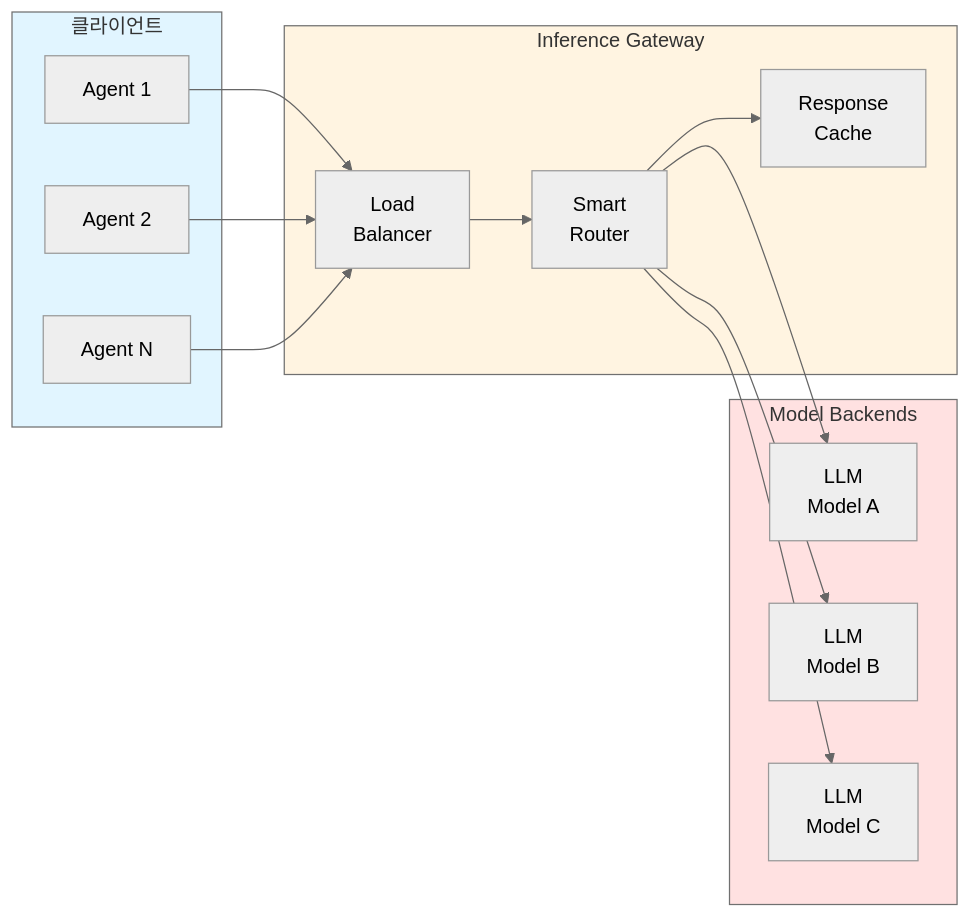
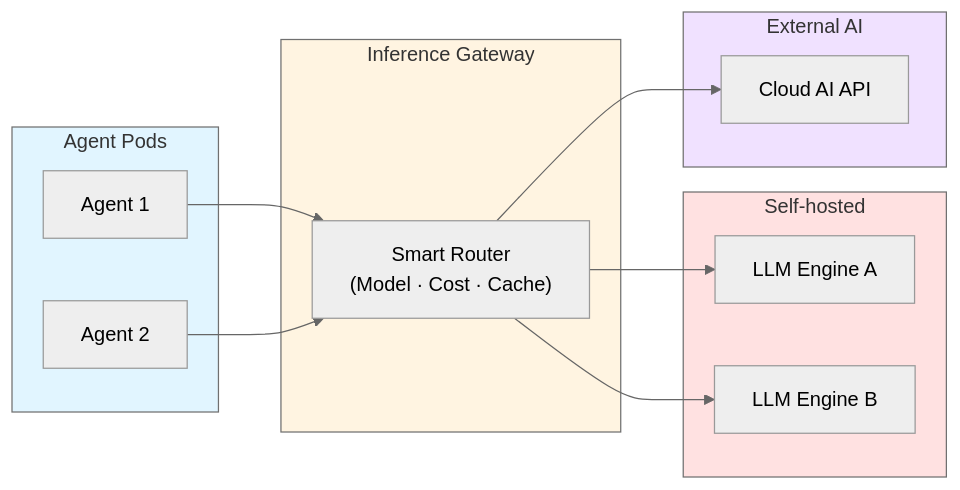
Before and after one commit to devfloor9/engineering-playbook: the third of 5 diagrams in docs/agentic-ai-platform/design-architecture/agentic-platform-architecture.md, drawn with Mermaid (neutral theme). The commit also changed other lines of this file, not shown here.

````diff
--- a/docs/agentic-ai-platform/design-architecture/agentic-platform-architecture.md
+++ b/docs/agentic-ai-platform/design-architecture/agentic-platform-architecture.md
@@ -230,33 +171,30 @@
 ```mermaid
 flowchart LR
-    subgraph Clients["클라이언트"]
-        C1["Agent 1"]
-        C2["Agent 2"]
-        C3["Agent N"]
+    subgraph Clients["Agent Pods"]
+        A1["Agent 1"]
+        A2["Agent 2"]
     end
 
     subgraph Gateway["Inference Gateway"]
-        LB["Load<br/>Balancer"]
-        ROUTER["Smart<br/>Router"]
-        CACHE["Response<br/>Cache"]
+        ROUTER["Smart Router<br/>(Model · Cost · Cache)"]
     end
 
-    subgraph Models["Model Backends"]
-        M1["LLM<br/>Model A"]
-        M2["LLM<br/>Model B"]
-        M3["LLM<br/>Model C"]
+    subgraph SelfHosted["Self-hosted"]
+        M1["LLM Engine A"]
+        M2["LLM Engine B"]
     end
 
-    C1 --> LB
-    C2 --> LB
-    C3 --> LB
-    LB --> ROUTER
-    ROUTER --> CACHE
+    subgraph External["External AI"]
+        EXT1["Cloud AI API"]
+    end
+
+    A1 & A2 --> ROUTER
     ROUTER --> M1
     ROUTER --> M2
-    ROUTER --> M3
+    ROUTER --> EXT1
 
     style Clients fill:#e1f5ff
     style Gateway fill:#fff4e1
-    style Models fill:#ffe1e1
+    style SelfHosted fill:#ffe1e1
+    style External fill:#f0e1ff
 ```
````
